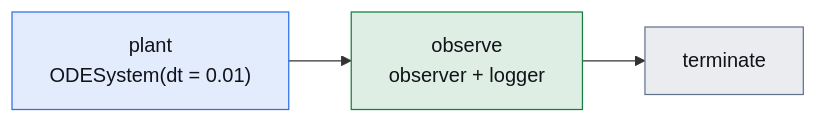
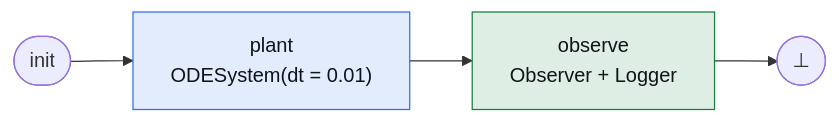
One commit to aidagroup/regelum changed the first of 2 diagrams in docs/examples/free_pendulum.md. Above: the diagram before and after it, drawn with Mermaid. The commit also changed other lines of this file and 11 other files, not shown here.

````diff
--- a/docs/examples/free_pendulum.md
+++ b/docs/examples/free_pendulum.md
@@ -45,12 +168,11 @@
 ```mermaid
 flowchart LR
-    plant["plant<br/>ODESystem(dt = 0.01)"] --> observe["observe<br/>observer + logger"]
-    observe --> stop["terminate"]
+    init([init]) --> plant["plant<br/>ODESystem(dt = 0.01)"]
+    plant --> observe["observe<br/>Observer + Logger"]
+    observe --> done([⊥])
 
     classDef plant fill:#2f6fed22,stroke:#2f6fed,color:#111318
     classDef observe fill:#15803d22,stroke:#15803d,color:#111318
-    classDef stop fill:#64748b22,stroke:#64748b,color:#111318
     class plant plant
     class observe observe
-    class stop stop
 ```
````
